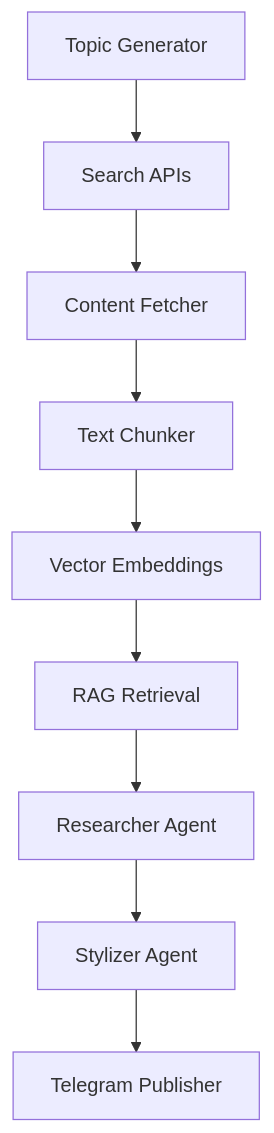
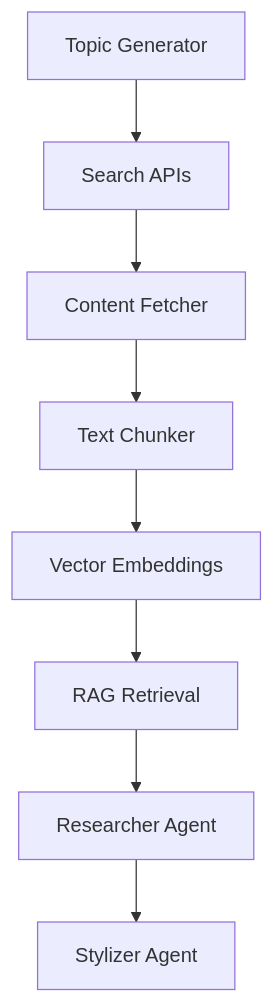
One commit to pockerhead/ADCO changed the diagram in README.md. Above: the diagram before and after it, drawn with Mermaid. The commit also changed other lines of this file and 3 other files, not shown here.

````diff
--- a/README.md
+++ b/README.md
@@ -18,11 +17,10 @@
 ```mermaid
 graph TB
     A[Topic Generator] --> B[Search APIs]
     B --> C[Content Fetcher]
     C --> D[Text Chunker]
     D --> E[Vector Embeddings]
     E --> F[RAG Retrieval]
     F --> G[Researcher Agent]
     G --> H[Stylizer Agent]
-    H --> I[Telegram Publisher]
 ```
````
